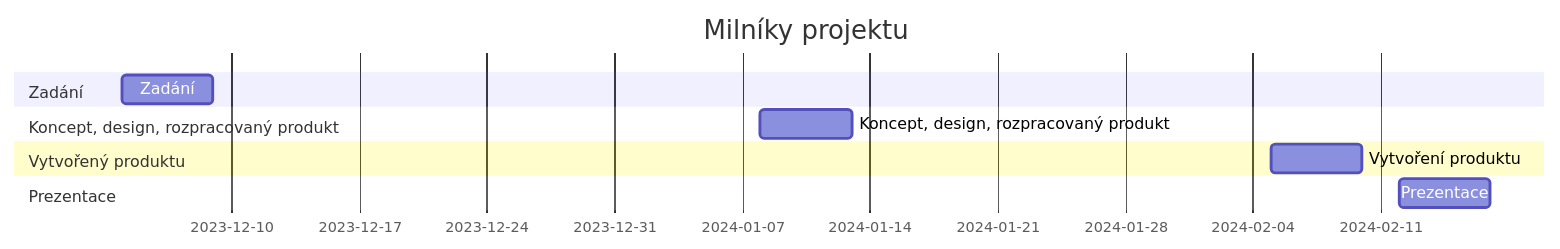
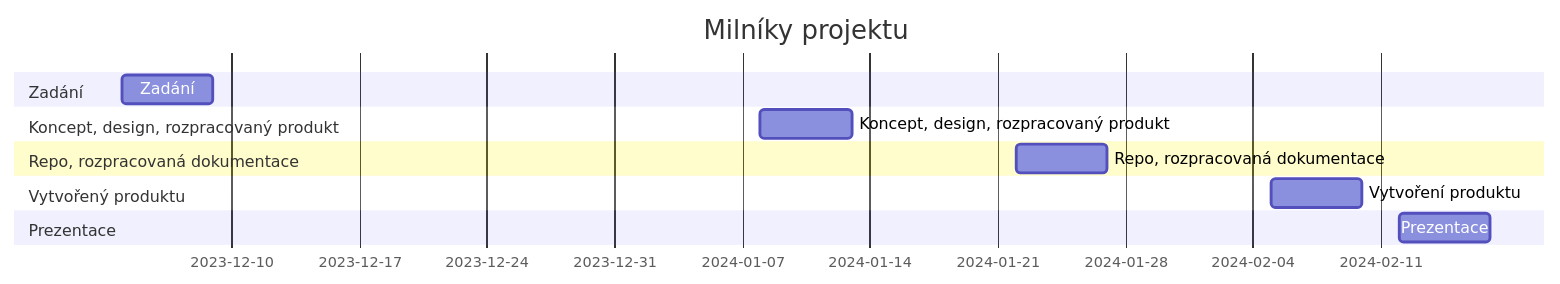
One commit to Wlczak/4R-projekt-Mood-Lamp changed the diagram in zadani.md. Above: the diagram before and after it, drawn with Mermaid.

Commit message:
add: gantt - a3

````diff
--- a/zadani.md
+++ b/zadani.md
@@ -16,13 +16,15 @@
 ```mermaid
 gantt
     title Milníky projektu
     dateFormat  YYYY-MM-DD
     section Zadání
     Zadání                    :a1, 2023-12-04, 5d
     section Koncept, design, rozpracovaný produkt
     Koncept, design, rozpracovaný produkt     :a2, 2024-01-08, 5d
+    section Repo, rozpracovaná dokumentace
+    Repo, rozpracovaná dokumentace        :a3, 2024-01-22, 5d
     section Vytvořený produktu
     Vytvoření produktu       :a4, 2024-02-05, 5d
     section Prezentace
     Prezentace                :a5, 2024-02-12, 5d
 ```
````
